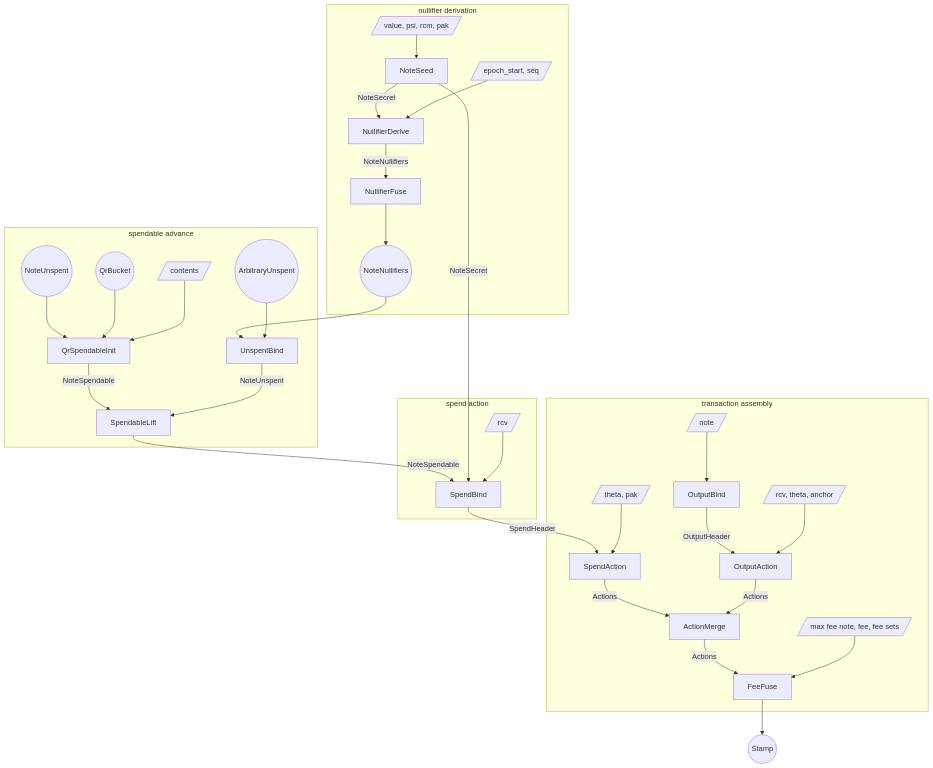
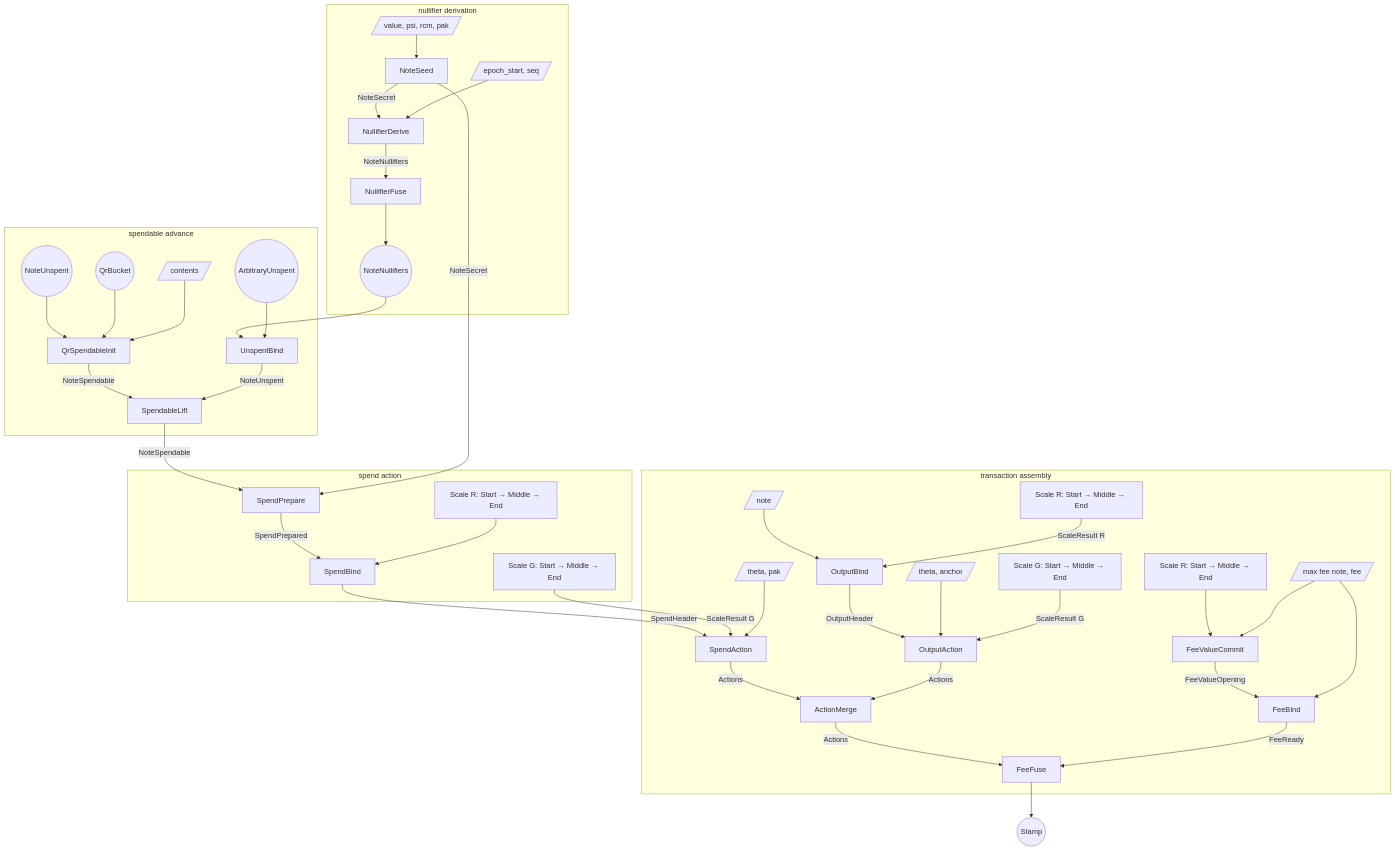
One commit to tachyon-zcash/tachyon changed the first of 3 diagrams in book/src/proof-tree.md. Above: the diagram before and after it, drawn with Mermaid. The commit also changed other lines of this file and 17 other files, not shown here.

Commit message:
test: cover staged proof graph and document private certificates

````diff
--- a/book/src/proof-tree.md
+++ b/book/src/proof-tree.md
@@ -451,8 +501,10 @@
   end
 
   subgraph spend_stamp [spend action]
-    w_bind[/rcv/]
+    s_prepare[SpendPrepare]
+    w_bind["Scale R: Start → Middle → End"]
     s_bind[SpendBind]
+    s_spend_g["Scale G: Start → Middle → End"]
   end
 
   subgraph merge [transaction assembly]
@@ -460,10 +512,15 @@
     s_spendstamp[SpendAction]
     w_outbind[/note/]
     s_outbind[OutputBind]
-    w_output[/rcv, theta, anchor/]
+    s_output_r["Scale R: Start → Middle → End"]
+    s_output_g["Scale G: Start → Middle → End"]
+    w_output[/theta, anchor/]
     s_output[OutputAction]
     s_merge[ActionMerge]
-    w_fee[/max fee note, fee, fee sets/]
+    s_fee_r["Scale R: Start → Middle → End"]
+    s_fee_value[FeeValueCommit]
+    s_fee_bind[FeeBind]
+    w_fee[/max fee note, fee/]
     s_fee[FeeFuse]
   end
 
@@ -482,19 +539,27 @@
   unspent_in --> s_unspentbind
   s_init -->|NoteSpendable| s_lift
   s_unspentbind -->|NoteUnspent| s_lift
-  s_lift -->|NoteSpendable| s_bind
+   s_lift -->|NoteSpendable| s_prepare
 
-  s_seed -->|NoteSecret| s_bind
+   s_seed -->|NoteSecret| s_prepare
+   s_prepare -->|SpendPrepared| s_bind
   w_bind --> s_bind
-  s_bind -->|SpendHeader| s_spendstamp
+   s_bind -->|SpendHeader| s_spendstamp
+   s_spend_g -->|ScaleResult G| s_spendstamp
   w_stamp --> s_spendstamp
 
-  w_outbind --> s_outbind
+   w_outbind --> s_outbind
+   s_output_r -->|ScaleResult R| s_outbind
   s_outbind -->|OutputHeader| s_output
-  w_output --> s_output
+   w_output --> s_output
+   s_output_g -->|ScaleResult G| s_output
   s_spendstamp -->|Actions| s_merge
   s_output -->|Actions| s_merge
   s_merge -->|Actions| s_fee
-  w_fee --> s_fee
+   s_fee_r --> s_fee_value
+   s_fee_value -->|FeeValueOpening| s_fee_bind
+   w_fee --> s_fee_value
+   w_fee --> s_fee_bind
+   s_fee_bind -->|FeeReady| s_fee
   s_fee --> stamp_out
 ```
````
